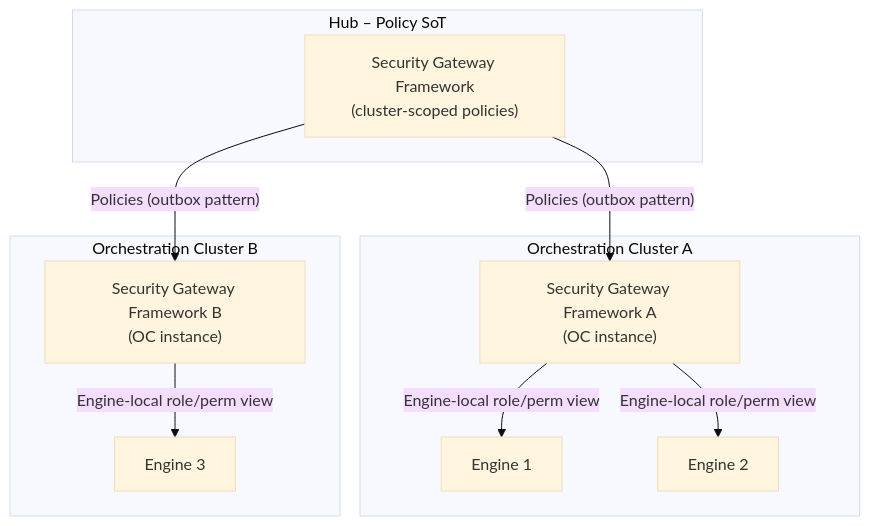
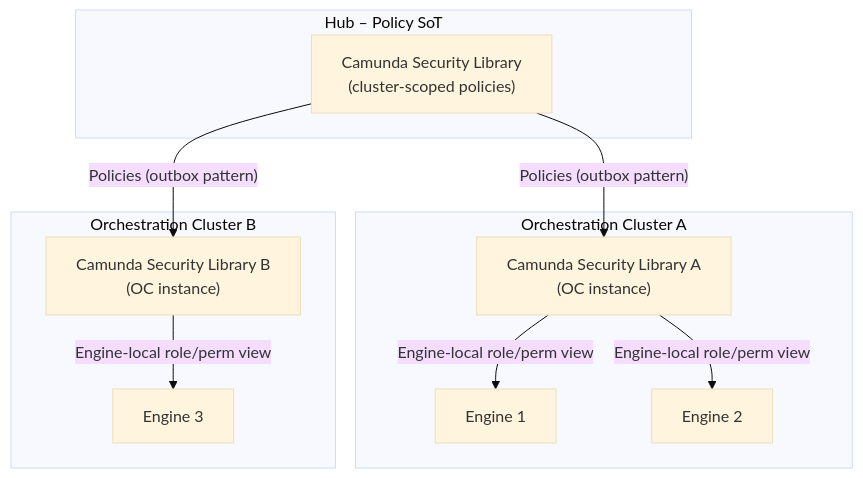
Before and after one commit to camunda/camunda-security-library: diagram 14 of 22 in docs/architecture_docs.md, drawn with Mermaid (base theme). The commit also changed other lines of this file and 6 other files, not shown here.

````diff
--- a/docs/architecture_docs.md
+++ b/docs/architecture_docs.md
@@ -1441,22 +1439,22 @@
 ```mermaid
 flowchart TB
   subgraph HubLayer["Hub – Policy SoT"]
-    HubPolicy["Security Gateway Framework</br>(cluster-scoped policies)"]
+    HubPolicy["Camunda Security Library</br>(cluster-scoped policies)"]
   end
 
   subgraph OC1["Orchestration Cluster A"]
-    OC1Id["Security Gateway Framework A</br>(OC instance)"]
+    OC1Id["Camunda Security Library A</br>(OC instance)"]
     E1["Engine 1"]
     E2["Engine 2"]
   end
 
   subgraph OC2["Orchestration Cluster B"]
-    OC2Id["Security Gateway Framework B</br>(OC instance)"]
+    OC2Id["Camunda Security Library B</br>(OC instance)"]
     E3["Engine 3"]
   end
 
   HubPolicy -->|"Policies (outbox pattern)"| OC1Id & OC2Id
 
   OC1Id -->|"Engine-local role/perm view"| E1 & E2
   OC2Id -->|"Engine-local role/perm view"| E3
 ```
````
